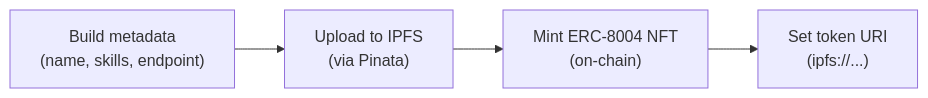
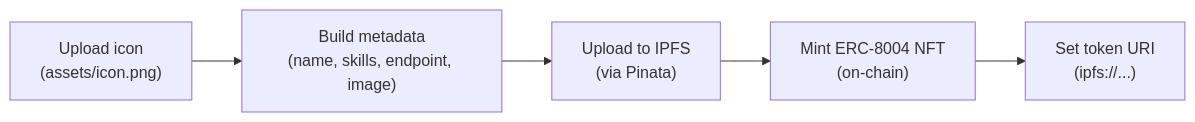
One commit to wgopar/a2a-x402-agent-template changed the third of 4 diagrams in README.md. Above: the diagram before and after it, drawn with Mermaid. The commit also changed other lines of this file and 3 other files, not shown here.

First line of the commit message:
Add image upload to ERC-8004 registration flow

````diff
--- a/README.md
+++ b/README.md
@@ -177,6 +181,7 @@
 ```mermaid
 flowchart LR
-    Meta["Build metadata<br/>(name, skills, endpoint)"] --> IPFS["Upload to IPFS<br/>(via Pinata)"]
+    Icon["Upload icon<br/>(assets/icon.png)"] --> Meta["Build metadata<br/>(name, skills, endpoint, image)"]
+    Meta --> IPFS["Upload to IPFS<br/>(via Pinata)"]
     IPFS --> Mint["Mint ERC-8004 NFT<br/>(on-chain)"]
     Mint --> URI["Set token URI<br/>(ipfs://...)"]
 ```
````
